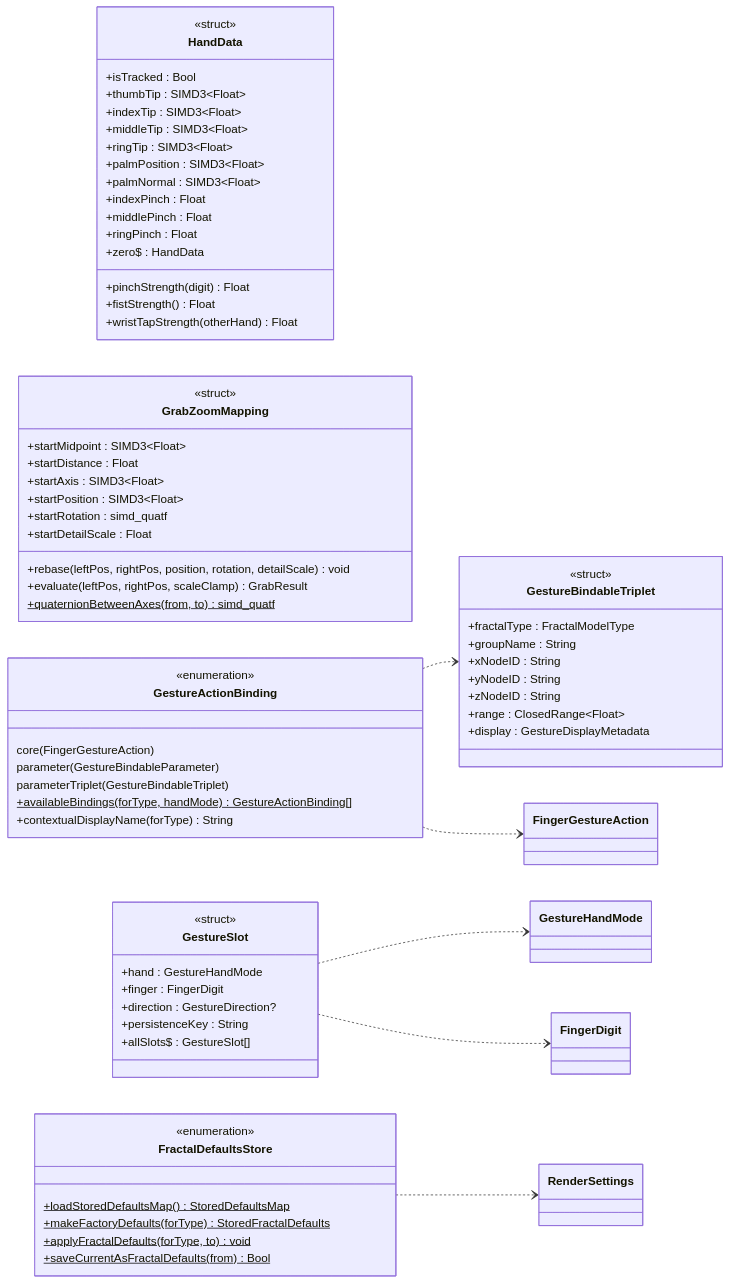
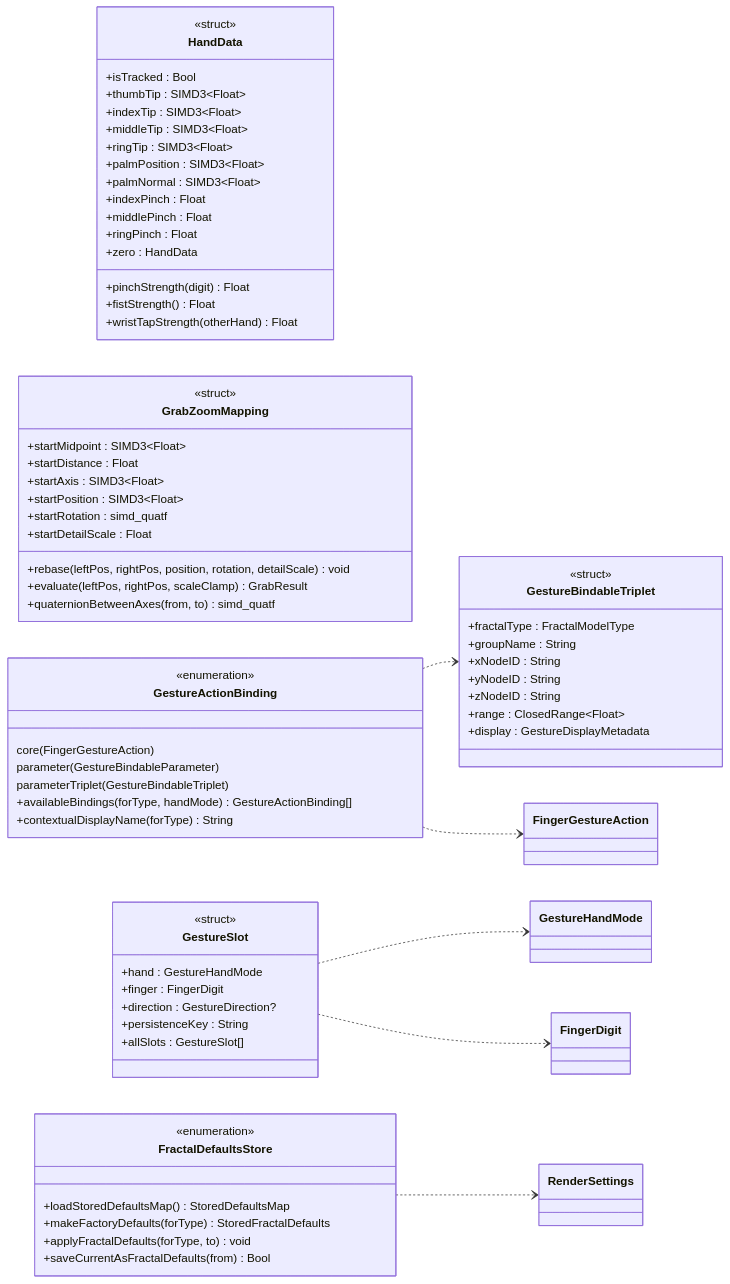
Diagram 12 of 17 in Threshold/CLASS_DIAGRAM.md (Halopend/MetalRaymarch-main), drawn with Mermaid before and after one commit. The commit also changed other lines of this file and 3 other files, not shown here.

````diff
--- a/Threshold/CLASS_DIAGRAM.md
+++ b/Threshold/CLASS_DIAGRAM.md
@@ -928,73 +928,73 @@
 ```mermaid
 classDiagram
     direction LR
 
     class HandData {
         <<struct>>
         +isTracked : Bool
         +thumbTip : SIMD3~Float~
         +indexTip : SIMD3~Float~
         +middleTip : SIMD3~Float~
         +ringTip : SIMD3~Float~
         +palmPosition : SIMD3~Float~
         +palmNormal : SIMD3~Float~
         +indexPinch : Float
         +middlePinch : Float
         +ringPinch : Float
         +pinchStrength(digit) Float
         +fistStrength() Float
         +wristTapStrength(otherHand) Float
-        +zero$ : HandData
+        +zero : HandData
     }
     class GrabZoomMapping {
         <<struct>>
         +startMidpoint : SIMD3~Float~
         +startDistance : Float
         +startAxis : SIMD3~Float~
         +startPosition : SIMD3~Float~
         +startRotation : simd_quatf
         +startDetailScale : Float
         +rebase(leftPos, rightPos, position, rotation, detailScale) void
         +evaluate(leftPos, rightPos, scaleClamp) GrabResult
-        +quaternionBetweenAxes(from, to)$ simd_quatf
+        +quaternionBetweenAxes(from, to) simd_quatf
     }
     class GestureActionBinding {
         <<enumeration>>
         core(FingerGestureAction)
         parameter(GestureBindableParameter)
         parameterTriplet(GestureBindableTriplet)
-        +availableBindings(forType, handMode)$ GestureActionBinding[]
+        +availableBindings(forType, handMode) GestureActionBinding[]
         +contextualDisplayName(forType) String
     }
     class GestureSlot {
         <<struct>>
         +hand : GestureHandMode
         +finger : FingerDigit
         +direction : GestureDirection?
         +persistenceKey : String
-        +allSlots$ : GestureSlot[]
+        +allSlots : GestureSlot[]
     }
     class GestureBindableTriplet {
         <<struct>>
         +fractalType : FractalModelType
         +groupName : String
         +xNodeID : String
         +yNodeID : String
         +zNodeID : String
         +range : ClosedRange~Float~
         +display : GestureDisplayMetadata
     }
     class FractalDefaultsStore {
         <<enumeration>>
-        +loadStoredDefaultsMap()$ StoredDefaultsMap
-        +makeFactoryDefaults(forType)$ StoredFractalDefaults
-        +applyFractalDefaults(forType, to)$ void
-        +saveCurrentAsFractalDefaults(from)$ Bool
+        +loadStoredDefaultsMap() StoredDefaultsMap
+        +makeFactoryDefaults(forType) StoredFractalDefaults
+        +applyFractalDefaults(forType, to) void
+        +saveCurrentAsFractalDefaults(from) Bool
     }
 
     GestureActionBinding ..> GestureBindableTriplet
     GestureActionBinding ..> FingerGestureAction
     GestureSlot ..> GestureHandMode
     GestureSlot ..> FingerDigit
     FractalDefaultsStore ..> RenderSettings
 ```
````
